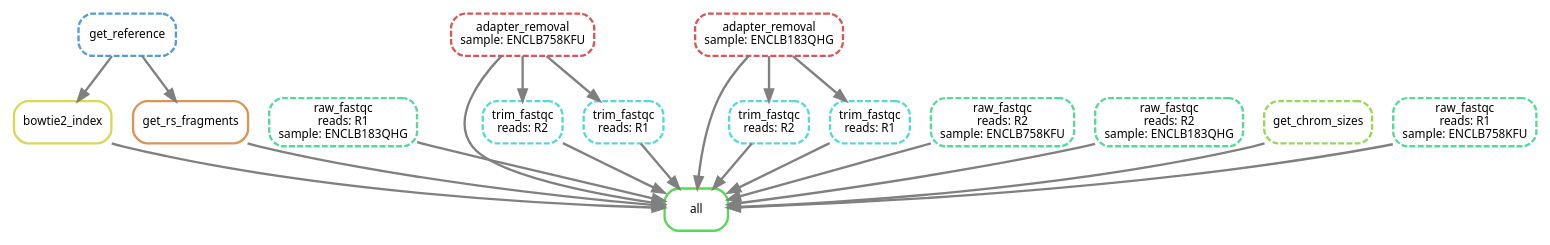
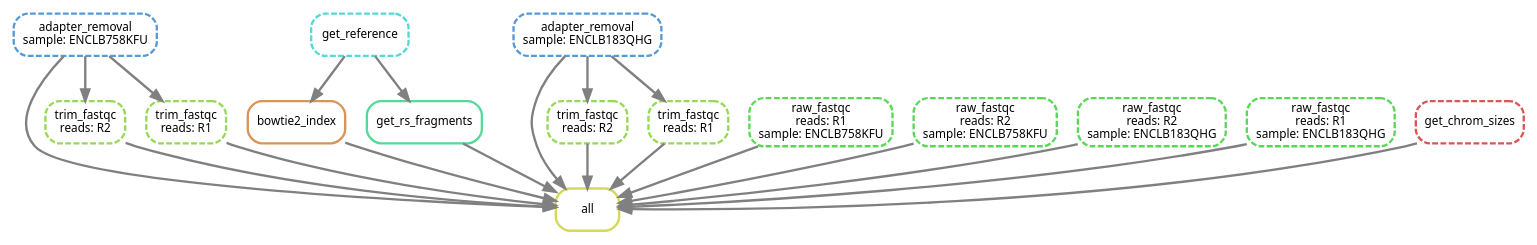
The diagram in output/dag.dot (DRMCRL/ENCODE_T47D_HiC_ENCSR549MGQ), drawn with Graphviz before and after one commit. The commit also changed 3 other files, not shown here.

```diff
--- a/output/dag.dot
+++ b/output/dag.dot
@@ -1,39 +1,39 @@
 digraph snakemake_dag {
     graph[bgcolor=white, margin=0];
     node[shape=box, style=rounded, fontname=sans,                 fontsize=10, penwidth=2];
     edge[penwidth=2, color=grey];
-	0[label = "all", color = "0.33 0.6 0.85", style="rounded"];
-	1[label = "bowtie2_index", color = "0.17 0.6 0.85", style="rounded"];
-	2[label = "raw_fastqc\nreads: R1\nsample: ENCLB183QHG", color = "0.42 0.6 0.85", style="rounded,dashed"];
-	3[label = "trim_fastqc\nreads: R2", color = "0.50 0.6 0.85", style="rounded,dashed"];
-	4[label = "trim_fastqc\nreads: R2", color = "0.50 0.6 0.85", style="rounded,dashed"];
-	5[label = "trim_fastqc\nreads: R1", color = "0.50 0.6 0.85", style="rounded,dashed"];
-	6[label = "trim_fastqc\nreads: R1", color = "0.50 0.6 0.85", style="rounded,dashed"];
-	7[label = "raw_fastqc\nreads: R2\nsample: ENCLB758KFU", color = "0.42 0.6 0.85", style="rounded,dashed"];
-	8[label = "adapter_removal\nsample: ENCLB183QHG", color = "0.00 0.6 0.85", style="rounded,dashed"];
-	9[label = "raw_fastqc\nreads: R2\nsample: ENCLB183QHG", color = "0.42 0.6 0.85", style="rounded,dashed"];
-	10[label = "adapter_removal\nsample: ENCLB758KFU", color = "0.00 0.6 0.85", style="rounded,dashed"];
-	11[label = "get_rs_fragments", color = "0.08 0.6 0.85", style="rounded"];
-	12[label = "get_chrom_sizes", color = "0.25 0.6 0.85", style="rounded,dashed"];
-	13[label = "raw_fastqc\nreads: R1\nsample: ENCLB758KFU", color = "0.42 0.6 0.85", style="rounded,dashed"];
-	14[label = "get_reference", color = "0.58 0.6 0.85", style="rounded,dashed"];
+	0[label = "all", color = "0.17 0.6 0.85", style="rounded"];
+	1[label = "trim_fastqc\nreads: R2", color = "0.25 0.6 0.85", style="rounded,dashed"];
+	2[label = "bowtie2_index", color = "0.08 0.6 0.85", style="rounded"];
+	3[label = "trim_fastqc\nreads: R2", color = "0.25 0.6 0.85", style="rounded,dashed"];
+	4[label = "adapter_removal\nsample: ENCLB758KFU", color = "0.58 0.6 0.85", style="rounded,dashed"];
+	5[label = "trim_fastqc\nreads: R1", color = "0.25 0.6 0.85", style="rounded,dashed"];
+	6[label = "trim_fastqc\nreads: R1", color = "0.25 0.6 0.85", style="rounded,dashed"];
+	7[label = "raw_fastqc\nreads: R1\nsample: ENCLB758KFU", color = "0.33 0.6 0.85", style="rounded,dashed"];
+	8[label = "raw_fastqc\nreads: R2\nsample: ENCLB758KFU", color = "0.33 0.6 0.85", style="rounded,dashed"];
+	9[label = "raw_fastqc\nreads: R2\nsample: ENCLB183QHG", color = "0.33 0.6 0.85", style="rounded,dashed"];
+	10[label = "raw_fastqc\nreads: R1\nsample: ENCLB183QHG", color = "0.33 0.6 0.85", style="rounded,dashed"];
+	11[label = "get_rs_fragments", color = "0.42 0.6 0.85", style="rounded"];
+	12[label = "get_chrom_sizes", color = "0.00 0.6 0.85", style="rounded,dashed"];
+	13[label = "adapter_removal\nsample: ENCLB183QHG", color = "0.58 0.6 0.85", style="rounded,dashed"];
+	14[label = "get_reference", color = "0.50 0.6 0.85", style="rounded,dashed"];
 	1 -> 0
 	2 -> 0
 	3 -> 0
 	4 -> 0
 	5 -> 0
 	6 -> 0
 	7 -> 0
 	8 -> 0
 	9 -> 0
 	10 -> 0
 	11 -> 0
 	12 -> 0
 	13 -> 0
-	14 -> 1
-	10 -> 3
-	8 -> 4
-	8 -> 5
-	10 -> 6
+	4 -> 1
+	14 -> 2
+	13 -> 3
+	13 -> 5
+	4 -> 6
 	14 -> 11
 }            
```
